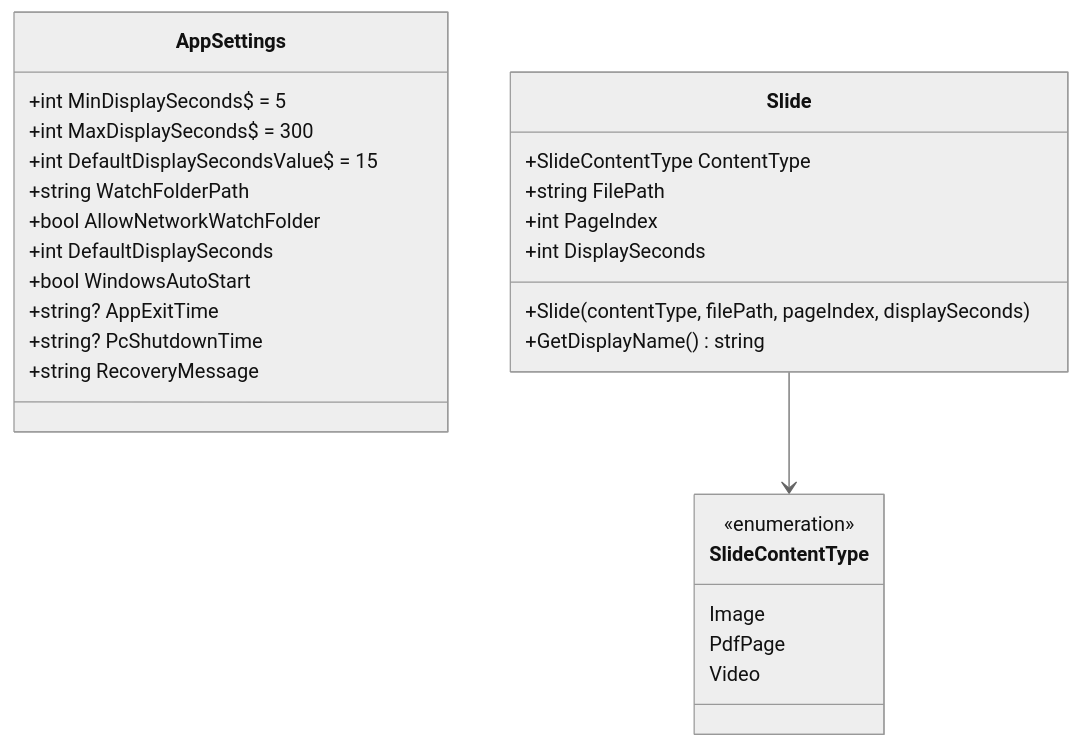
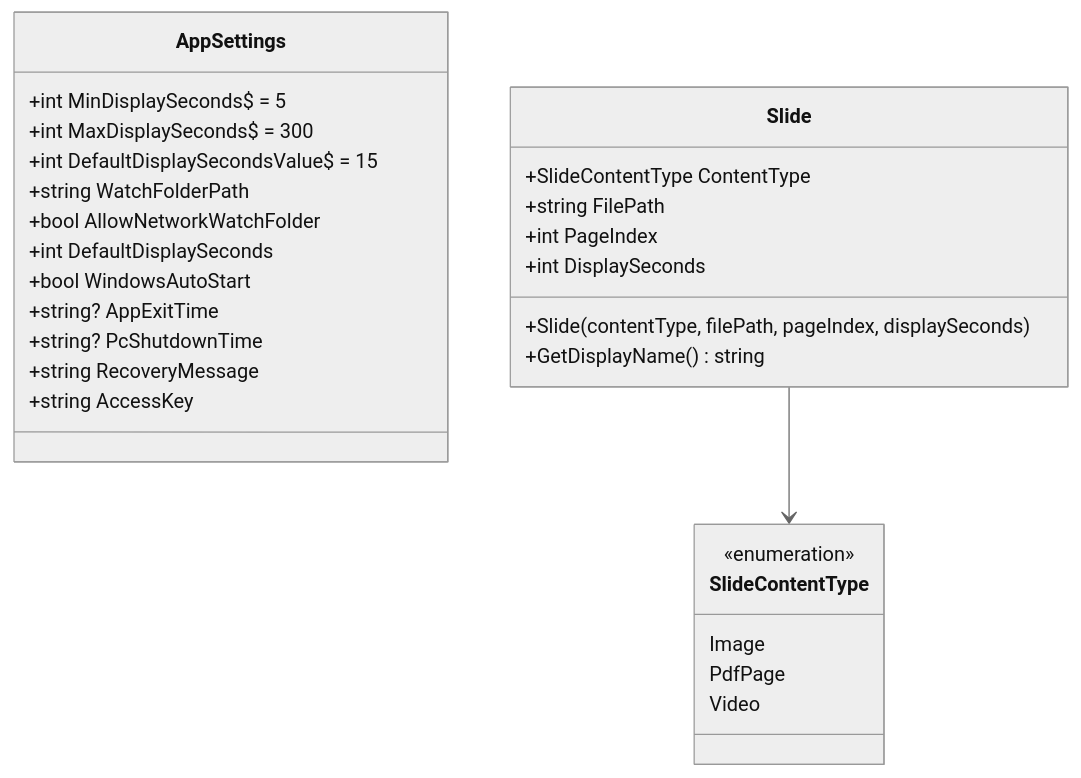
One commit to kamanori3/SimpleDigitalSignage changed the sixth of 10 diagrams in docs/クラス設計図.md. Above: the diagram before and after it, drawn with Mermaid (neutral theme). The commit also changed other lines of this file and 9 other files, not shown here.

````diff
--- a/docs/クラス設計図.md
+++ b/docs/クラス設計図.md
@@ -317,33 +332,34 @@
 ```mermaid
 classDiagram
   class AppSettings {
     +int MinDisplaySeconds$ = 5
     +int MaxDisplaySeconds$ = 300
     +int DefaultDisplaySecondsValue$ = 15
     +string WatchFolderPath
     +bool AllowNetworkWatchFolder
     +int DefaultDisplaySeconds
     +bool WindowsAutoStart
     +string? AppExitTime
     +string? PcShutdownTime
     +string RecoveryMessage
+    +string AccessKey
   }
 
   class Slide {
     +SlideContentType ContentType
     +string FilePath
     +int PageIndex
     +int DisplaySeconds
     +Slide(contentType, filePath, pageIndex, displaySeconds)
     +GetDisplayName() string
   }
 
   class SlideContentType {
     <<enumeration>>
     Image
     PdfPage
     Video
   }
 
   Slide --> SlideContentType
 ```
````
